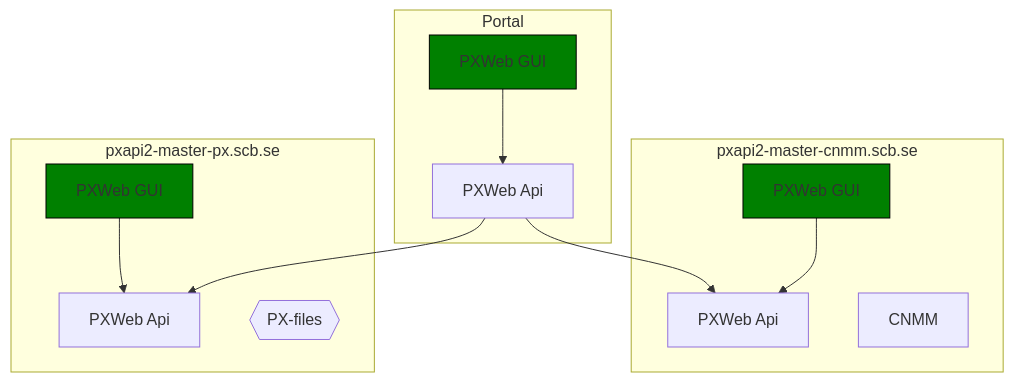
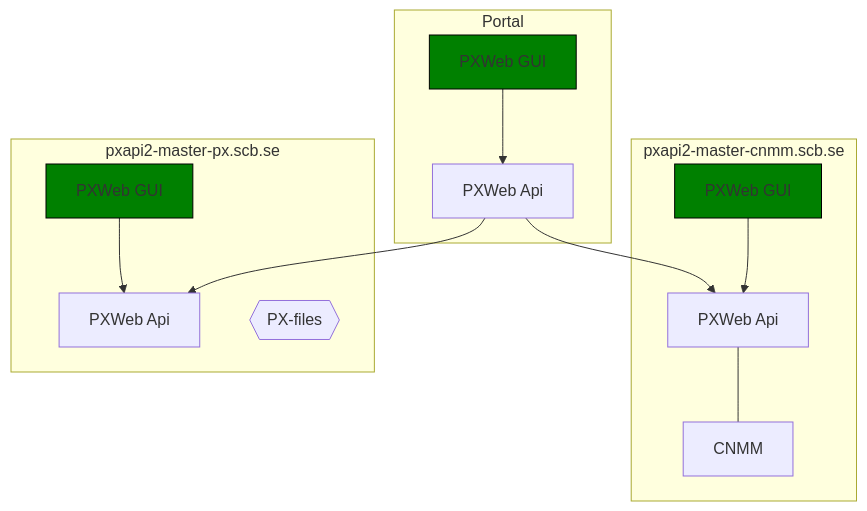
Before and after one commit to statisticssweden/PxWeb: the first of 2 diagrams in PortalSketch.md, drawn with Mermaid.

````diff
--- a/PortalSketch.md
+++ b/PortalSketch.md
@@ -2,27 +2,29 @@
 ```mermaid
 flowchart TB
    subgraph Portal
    PortalPXWeb[PXWeb GUI]:::guiStyle
    PortalPXWebApi[PXWeb Api]
    end 
    
    subgraph pxapi2-master-cnmm.scb.se
    SSBPXWeb[PXWeb GUI]:::guiStyle
    SSBPXWebApi[PXWeb Api]
    SSBBackend[CNMM]
+   SSBPXWebApi --- SSBBackend
    end
+   
    
    subgraph pxapi2-master-px.scb.se
    SCBPXWeb[PXWeb GUI]:::guiStyle
    SCBPXWebApi[PXWeb Api]
    SCBBackend{{PX-files}}
    end
    
    PortalPXWeb --> PortalPXWebApi
    SSBPXWeb --> SSBPXWebApi
    
    PortalPXWebApi --> SSBPXWebApi
    PortalPXWebApi --> SCBPXWebApi
    SCBPXWeb --> SCBPXWebApi
    classDef guiStyle fill:green,stroke:black   
 ```
````
